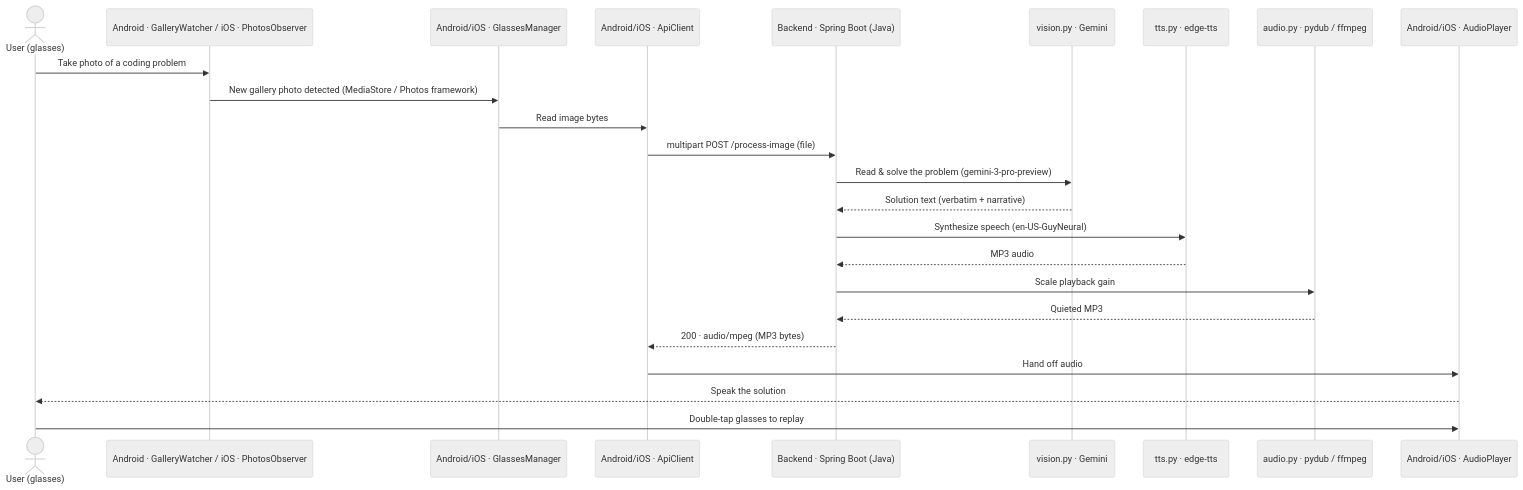
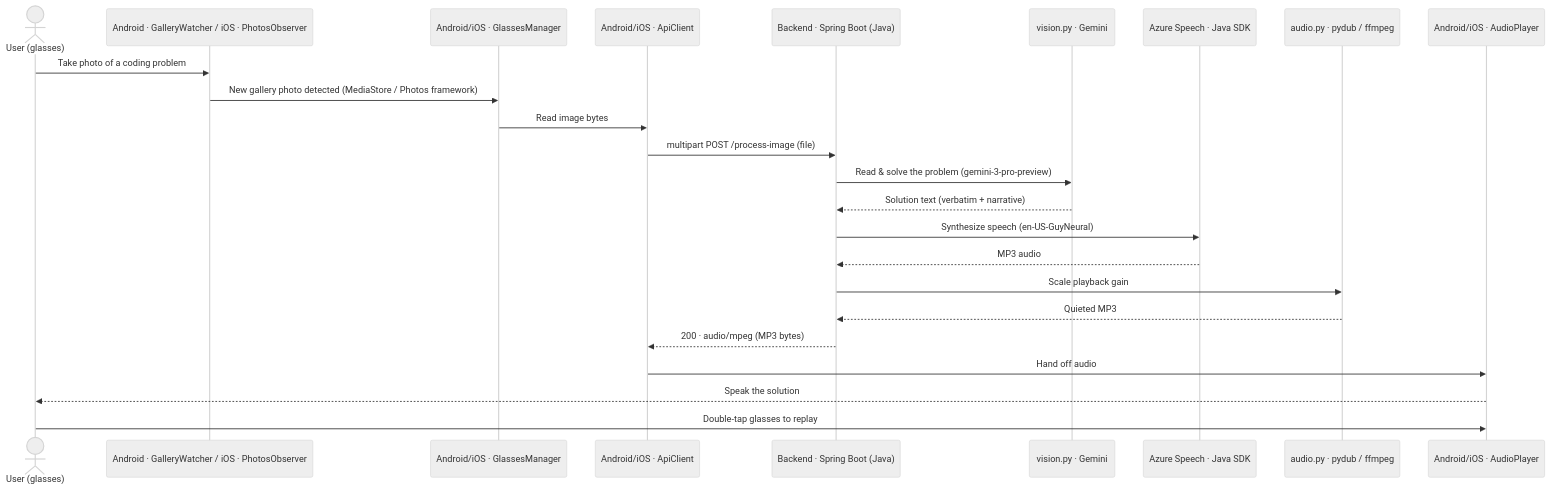
One commit to Builder106/meta-helper changed the diagram in README.md. Above: the diagram before and after it, drawn with Mermaid (neutral theme). The commit also changed other lines of this file and 7 other files, not shown here.

````diff
--- a/README.md
+++ b/README.md
@@ -28,27 +27,27 @@
 ```mermaid
 sequenceDiagram
     actor User as User (glasses)
     participant GW as Android · GalleryWatcher / iOS · PhotosObserver
     participant GM as Android/iOS · GlassesManager
     participant API as Android/iOS · ApiClient
     participant BE as Backend · Spring Boot (Java)
     participant V as vision.py · Gemini
-    participant T as tts.py · edge-tts
+    participant T as Azure Speech · Java SDK
     participant A as audio.py · pydub / ffmpeg
     participant AP as Android/iOS · AudioPlayer
 
     User->>GW: Take photo of a coding problem
     GW->>GM: New gallery photo detected (MediaStore / Photos framework)
     GM->>API: Read image bytes
     API->>BE: multipart POST /process-image (file)
     BE->>V: Read & solve the problem (gemini-3-pro-preview)
     V-->>BE: Solution text (verbatim + narrative)
     BE->>T: Synthesize speech (en-US-GuyNeural)
     T-->>BE: MP3 audio
     BE->>A: Scale playback gain
     A-->>BE: Quieted MP3
     BE-->>API: 200 · audio/mpeg (MP3 bytes)
     API->>AP: Hand off audio
     AP-->>User: Speak the solution
     User->>AP: Double-tap glasses to replay
 ```
````
